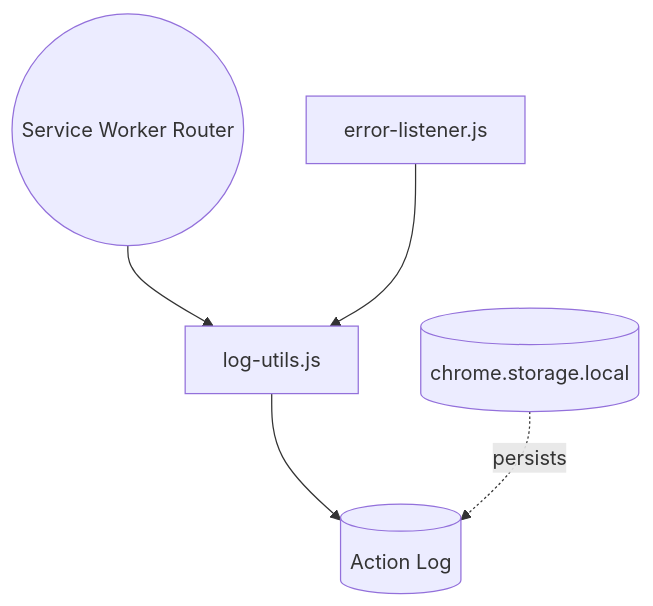
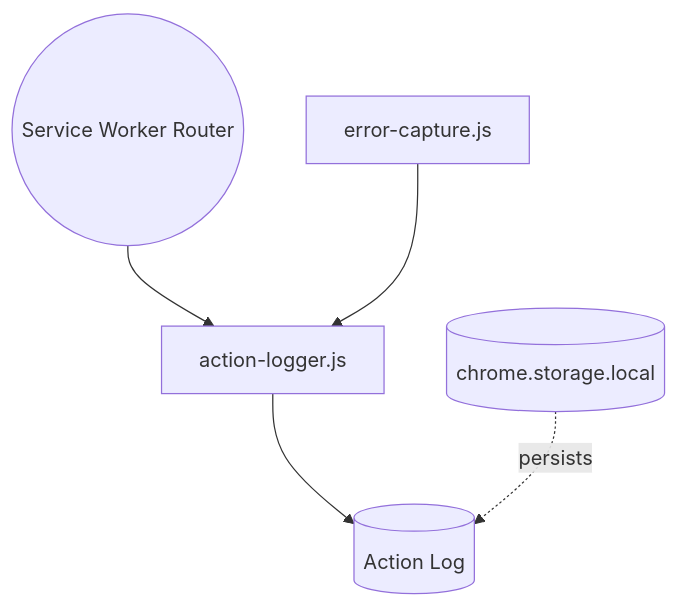
Before and after one commit to tdemelle-SiP/.claude: the seventh of 9 diagrams in guidelines/sip-printify-manager-extension-guidelines-v2.md, drawn with Mermaid. The commit also changed other lines of this file, not shown here.

````diff
--- a/guidelines/sip-printify-manager-extension-guidelines-v2.md
+++ b/guidelines/sip-printify-manager-extension-guidelines-v2.md
@@ -346,7 +362,7 @@
 ```mermaid
 graph TD
-  Router((Service Worker Router)) --> LogHelper[log-utils.js]
-  LogHelper --> ActionLog[(Action Log)]
-  ErrorCap[error-listener.js] --> LogHelper
+  Router((Service Worker Router)) --> Logger[action-logger.js]
+  Logger --> ActionLog[(Action Log)]
+  ErrorCap[error-capture.js] --> Logger
   Storage[(chrome.storage.local)] -. persists .-> ActionLog
 ```
````
